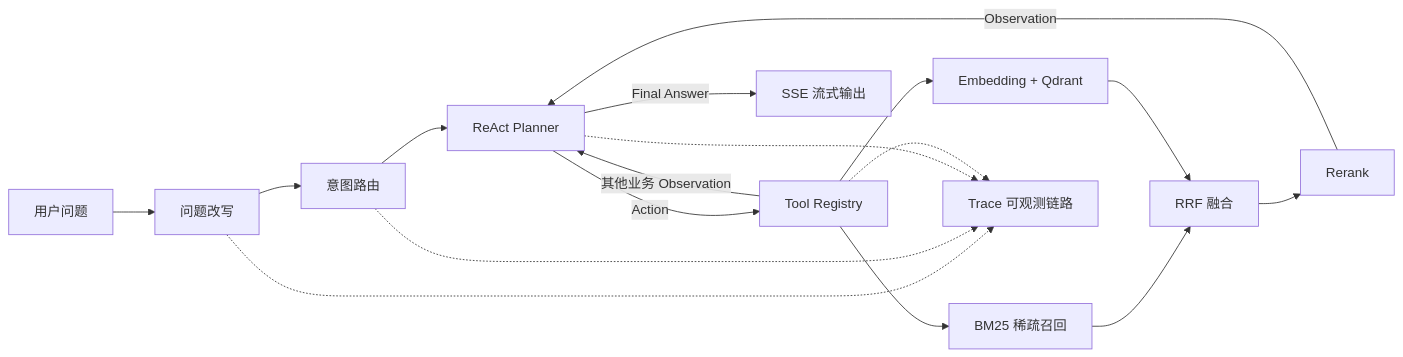
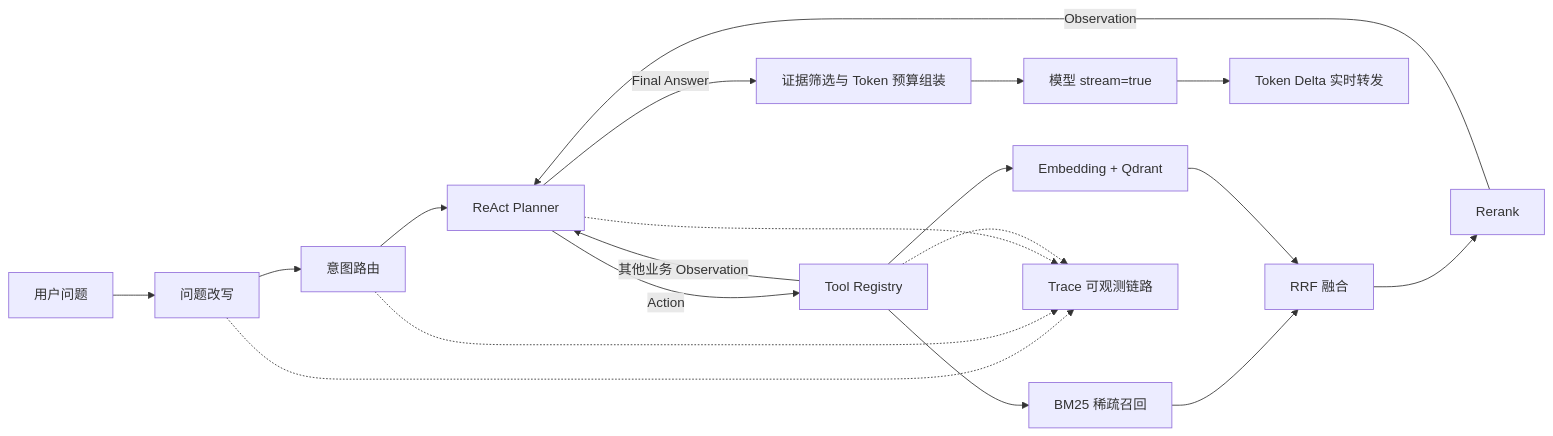
Before and after one commit to ssafdo/ai-product-assistant-rag: the diagram in README.md, drawn with Mermaid. The commit also changed other lines of this file and 11 other files, not shown here.

````diff
--- a/README.md
+++ b/README.md
@@ -23,19 +23,21 @@
 ```mermaid
 flowchart LR
     Q[用户问题] --> RW[问题改写]
     RW --> IR[意图路由]
     IR --> PLAN[ReAct Planner]
     PLAN -->|Action| TR[Tool Registry]
     TR --> BM25[BM25 稀疏召回]
     TR --> VEC[Embedding + Qdrant]
     BM25 --> RRF[RRF 融合]
     VEC --> RRF
     RRF --> RR[Rerank]
     RR -->|Observation| PLAN
     TR -->|其他业务 Observation| PLAN
-    PLAN -->|Final Answer| SSE[SSE 流式输出]
+    PLAN -->|Final Answer| CTX[证据筛选与 Token 预算组装]
+    CTX --> LLM[模型 stream=true]
+    LLM --> SSE[Token Delta 实时转发]
     RW -.-> TRACE[Trace 可观测链路]
     IR -.-> TRACE
     PLAN -.-> TRACE
     TR -.-> TRACE
 ```
````
